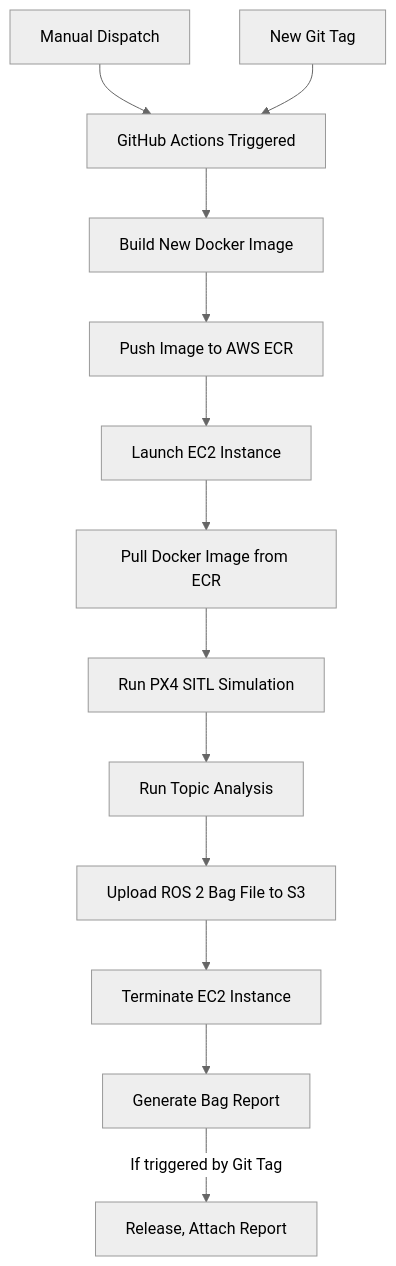
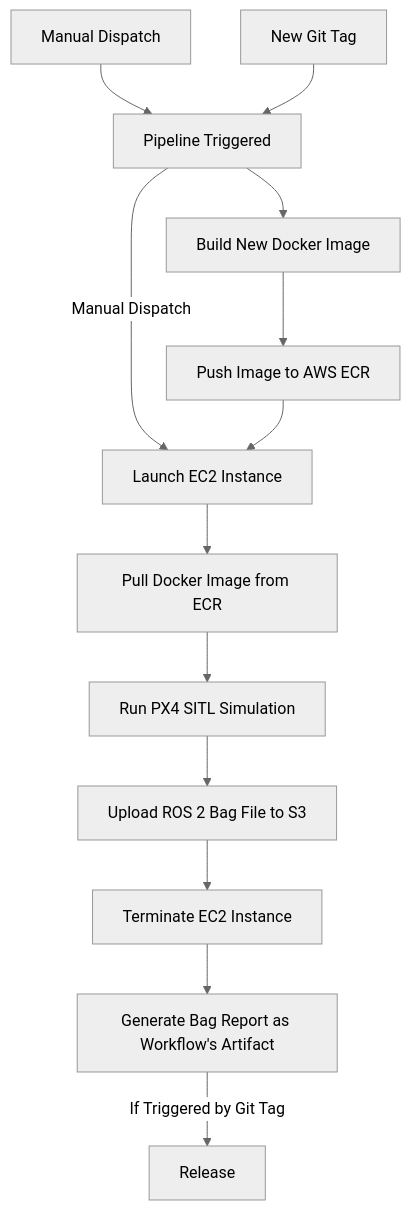
The diagram in README.md (iftahnaf/px4_sitl_on_aws), drawn with Mermaid (neutral theme) before and after one commit.

````diff
--- a/README.md
+++ b/README.md
@@ -19,16 +19,16 @@
 ```mermaid
 flowchart TB
-    A[Manual Dispatch] --> C[GitHub Actions Triggered]
+    A[Manual Dispatch] --> C[Pipeline Triggered]
     B[New Git Tag] --> C
     C --> D[Build New Docker Image]
     D --> E[Push Image to AWS ECR]
+    C --Manual Dispatch--> F[Push Image to AWS ECR]
     E --> F[Launch EC2 Instance]
     F --> G[Pull Docker Image from ECR]
     G --> H[Run PX4 SITL Simulation]
-    H --> I[Run Topic Analysis]
-    I --> J[Upload ROS 2 Bag File to S3]
-    J --> K[Terminate EC2 Instance]
-    K --> L[Generate Bag Report]
-    L --> |If triggered by Git Tag| M[Release, Attach Report]
+    H --> I[Upload ROS 2 Bag File to S3]
+    I --> J[Terminate EC2 Instance]
+    J --> K[Generate Bag Report as Workflow's Artifact]
+    K --> |If Triggered by Git Tag| M[Release]
 
 ```
````
